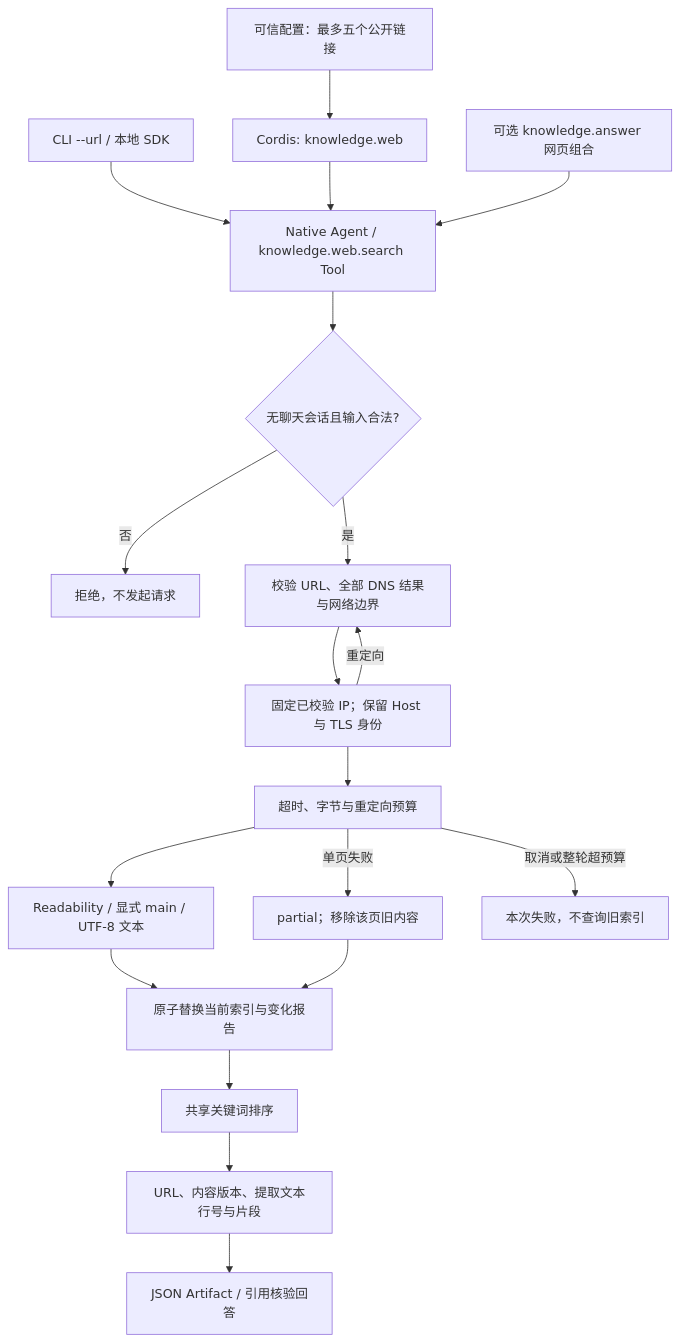
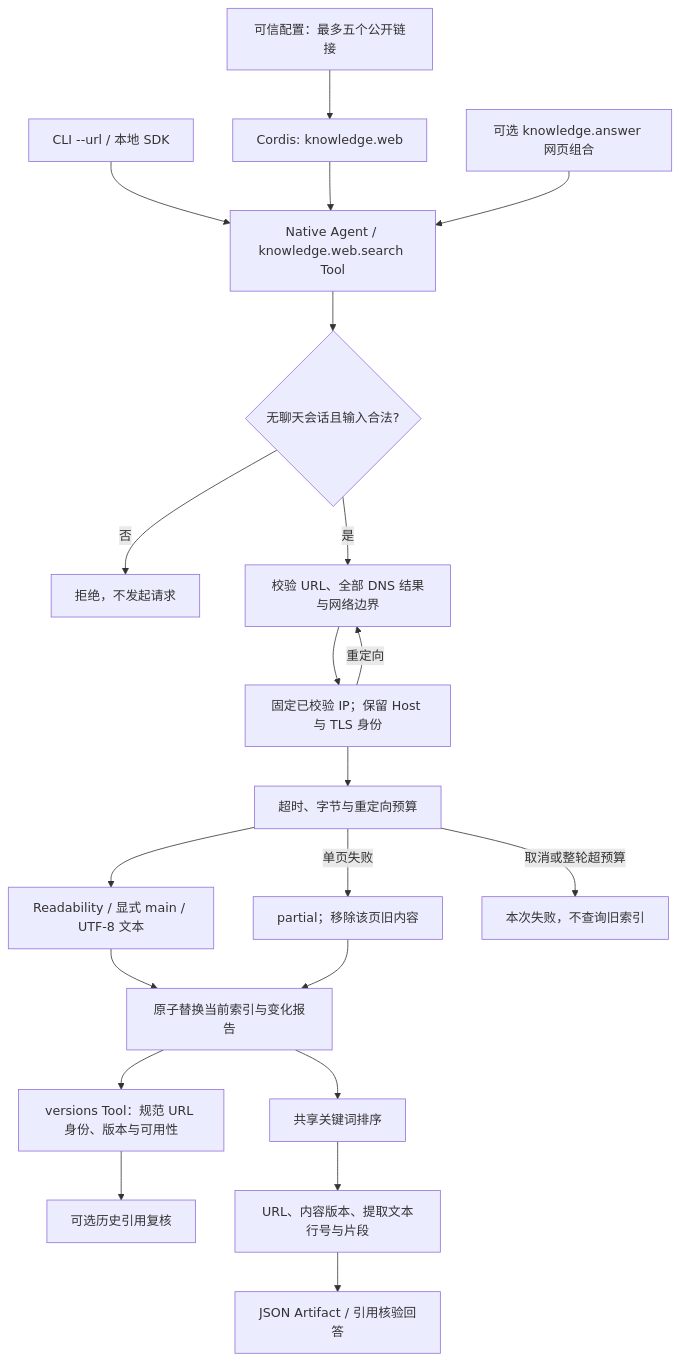
The diagram in backend/src/knowledge/web/FEATURE.md (KlayPeter/AI-Delivery-Ops-Agent), drawn with Mermaid before and after one commit. The commit also changed other lines of this file and 28 other files, not shown here.

````diff
--- a/backend/src/knowledge/web/FEATURE.md
+++ b/backend/src/knowledge/web/FEATURE.md
@@ -22,21 +22,23 @@
 ```mermaid
 flowchart TD
     C[可信配置：最多五个公开链接] --> P[Cordis: knowledge.web]
     U[CLI --url / 本地 SDK] --> N[Native Agent / knowledge.web.search Tool]
     P --> N
     A[可选 knowledge.answer 网页组合] --> N
     N --> S{无聊天会话且输入合法?}
     S -- 否 --> X[拒绝，不发起请求]
     S -- 是 --> V[校验 URL、全部 DNS 结果与网络边界]
     V --> H[固定已校验 IP；保留 Host 与 TLS 身份]
     H -- 重定向 --> V
     H --> B[超时、字节与重定向预算]
     B --> E[Readability / 显式 main / UTF-8 文本]
     E --> I[原子替换当前索引与变化报告]
     B -- 单页失败 --> F[partial；移除该页旧内容]
     F --> I
     B -- 取消或整轮超预算 --> Z[本次失败，不查询旧索引]
+    I --> VT[versions Tool：规范 URL 身份、版本与可用性]
+    VT --> IC[可选历史引用复核]
     I --> Q[共享关键词排序]
     Q --> R[URL、内容版本、提取文本行号与片段]
     R --> O[JSON Artifact / 引用核验回答]
 ```
````
